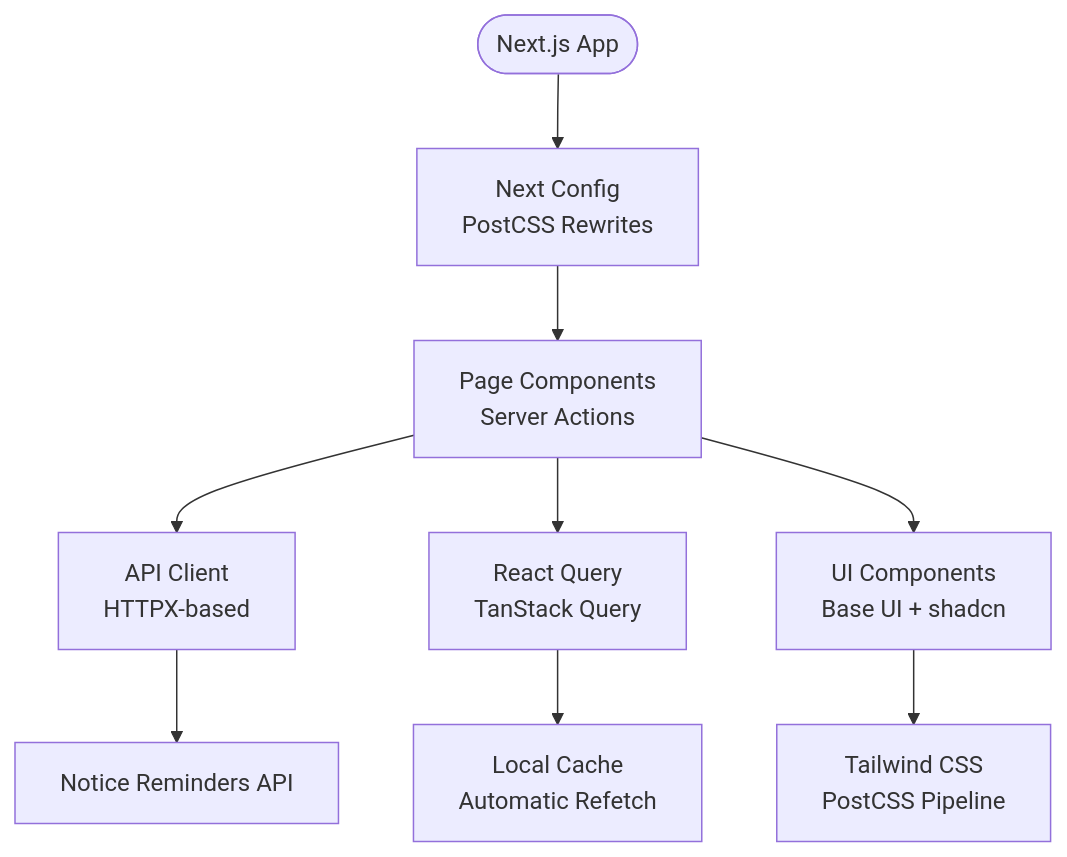
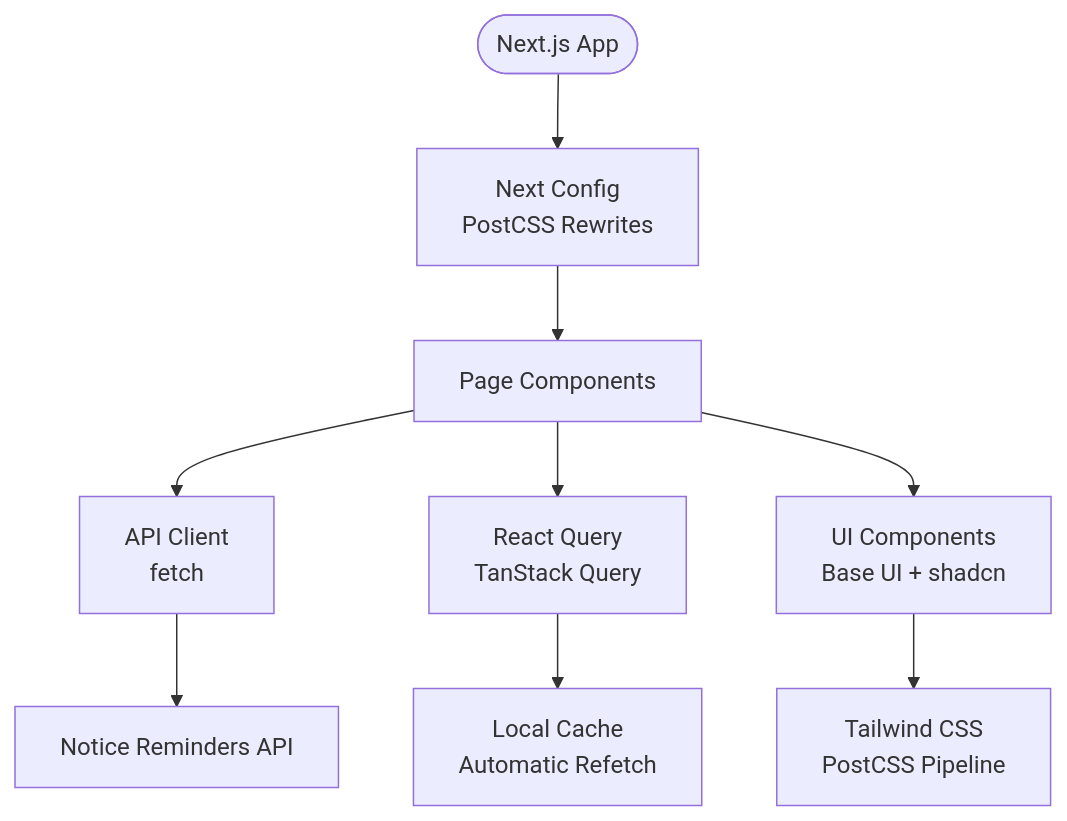
The fifth of 6 diagrams in src/data/docs/mooc-utils/Project Overview/Technology Stack.md (tashifkhan/tashif.codes), drawn with Mermaid before and after one commit. The commit also changed other lines of this file and 2128 other files, not shown here.

First line of the commit message:
docs: replace raster diagram images with native Mermaid across project guides

````diff
--- a/src/data/docs/mooc-utils/Project Overview/Technology Stack.md
+++ b/src/data/docs/mooc-utils/Project Overview/Technology Stack.md
@@ -166,11 +136,11 @@
 ```mermaid
 flowchart TD
 Start(["Next.js App"]) --> Config["Next Config<br/>PostCSS Rewrites"]
-Config --> Pages["Page Components<br/>Server Actions"]
-Pages --> API["API Client<br/>HTTPX-based"]
+Config --> Pages["Page Components"]
+Pages --> API["API Client<br/>fetch"]
 API --> Backend["Notice Reminders API"]
 Pages --> State["React Query<br/>TanStack Query"]
 State --> Cache["Local Cache<br/>Automatic Refetch"]
 Pages --> UI["UI Components<br/>Base UI + shadcn"]
 UI --> Styles["Tailwind CSS<br/>PostCSS Pipeline"]
 ```
````
